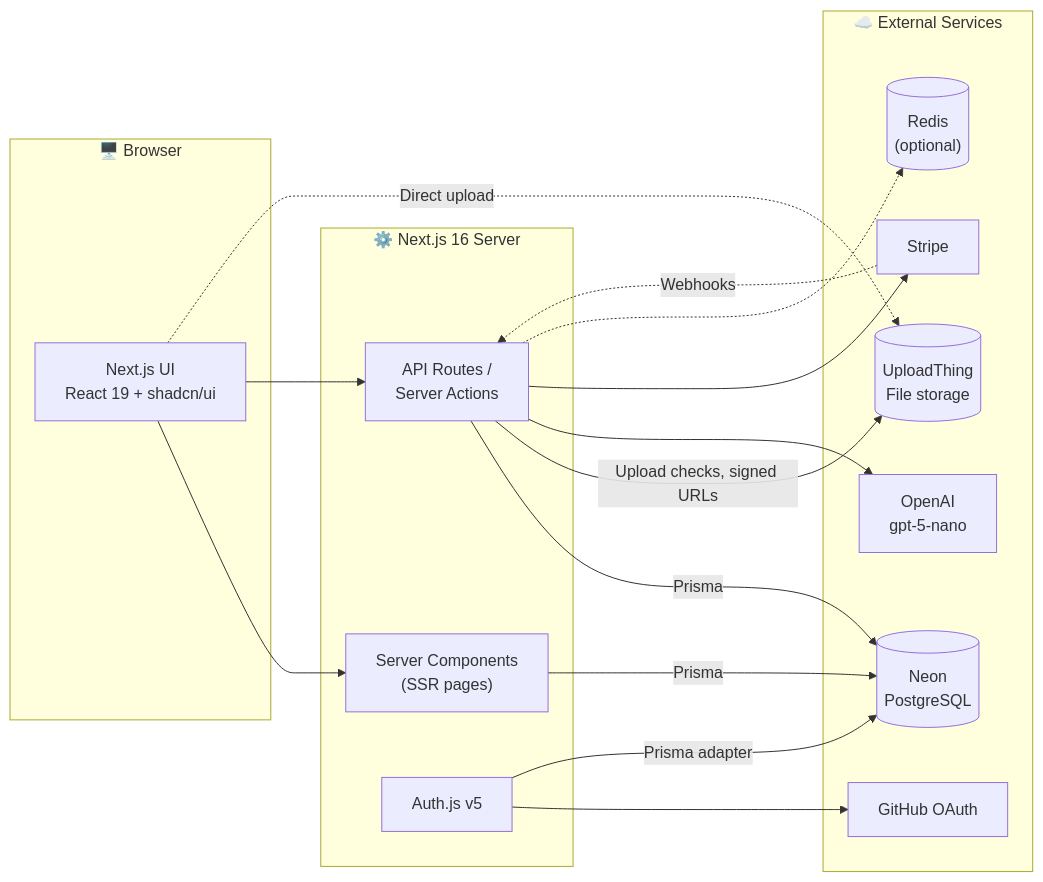
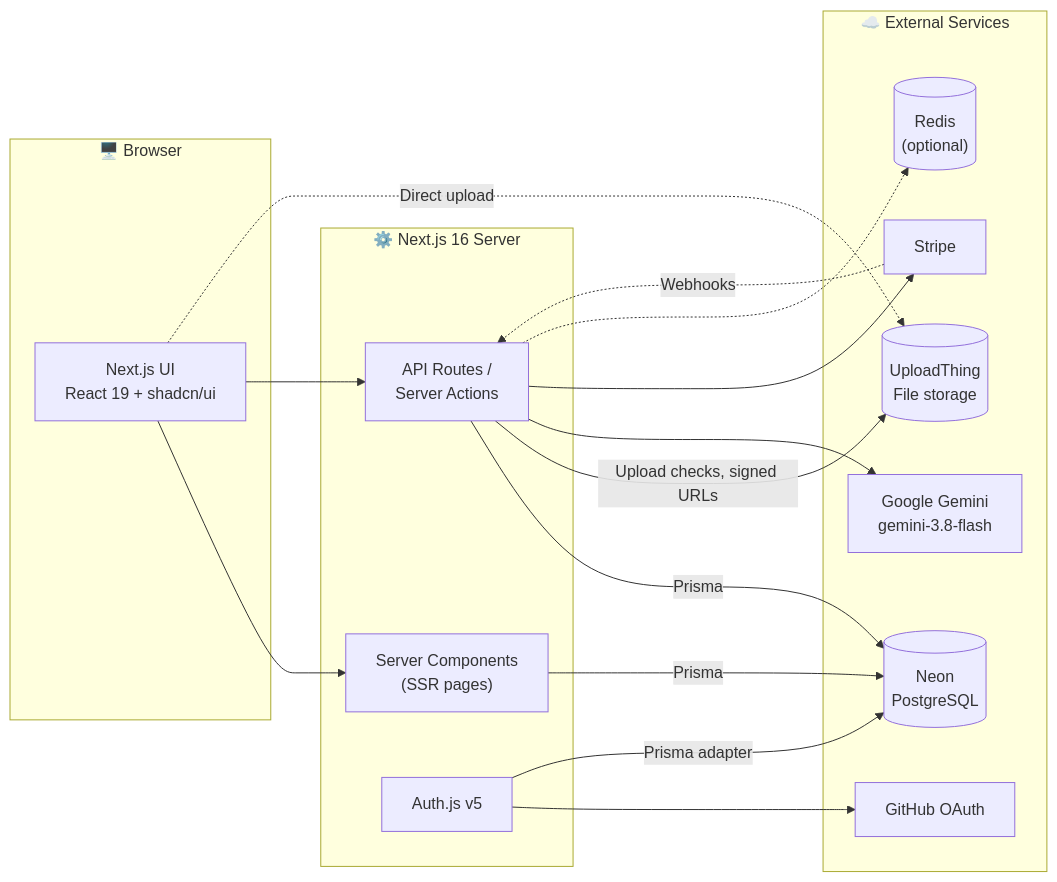
The first of 4 diagrams in context/project-overview.md (whosedreamisthis/dev-stash), drawn with Mermaid before and after one commit. The commit also changed other lines of this file and 11 other files, not shown here.

````diff
--- a/context/project-overview.md
+++ b/context/project-overview.md
@@ -218,34 +218,34 @@
 ```mermaid
 flowchart LR
     subgraph Client["🖥️ Browser"]
         UI["Next.js UI<br/>React 19 + shadcn/ui"]
     end
 
     subgraph Server["⚙️ Next.js 16 Server"]
         RSC["Server Components<br/>(SSR pages)"]
         API["API Routes /<br/>Server Actions"]
         AUTH["Auth.js v5"]
     end
 
     subgraph Services["☁️ External Services"]
         DB[("Neon<br/>PostgreSQL")]
         UT[("UploadThing<br/>File storage")]
-        OAI["OpenAI<br/>gpt-5-nano"]
+        OAI["Google Gemini<br/>gemini-3.8-flash"]
         STRIPE["Stripe"]
         GH["GitHub OAuth"]
         REDIS[("Redis<br/>(optional)")]
     end
 
     UI --> RSC
     UI --> API
     RSC -->|Prisma| DB
     API -->|Prisma| DB
     API -->|Upload checks, signed URLs| UT
     UI -.->|Direct upload| UT
     API --> OAI
     API --> STRIPE
     STRIPE -.->|Webhooks| API
     AUTH --> GH
     AUTH -->|Prisma adapter| DB
     API -.-> REDIS
 ```
````
